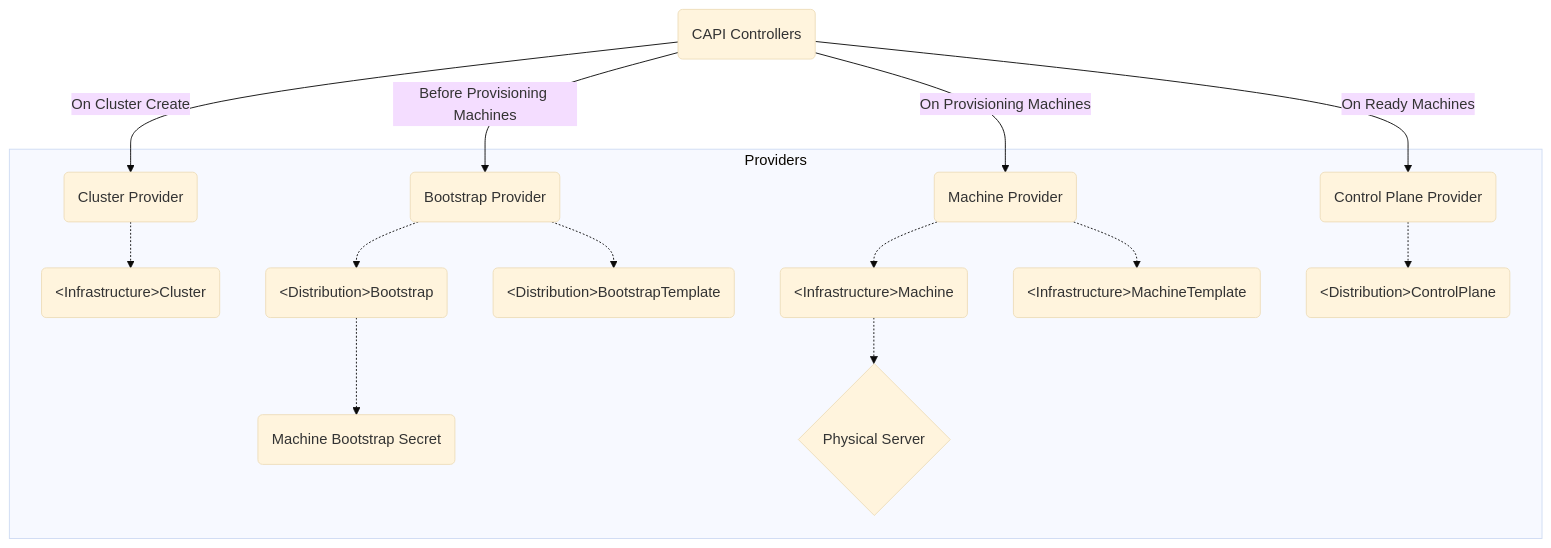
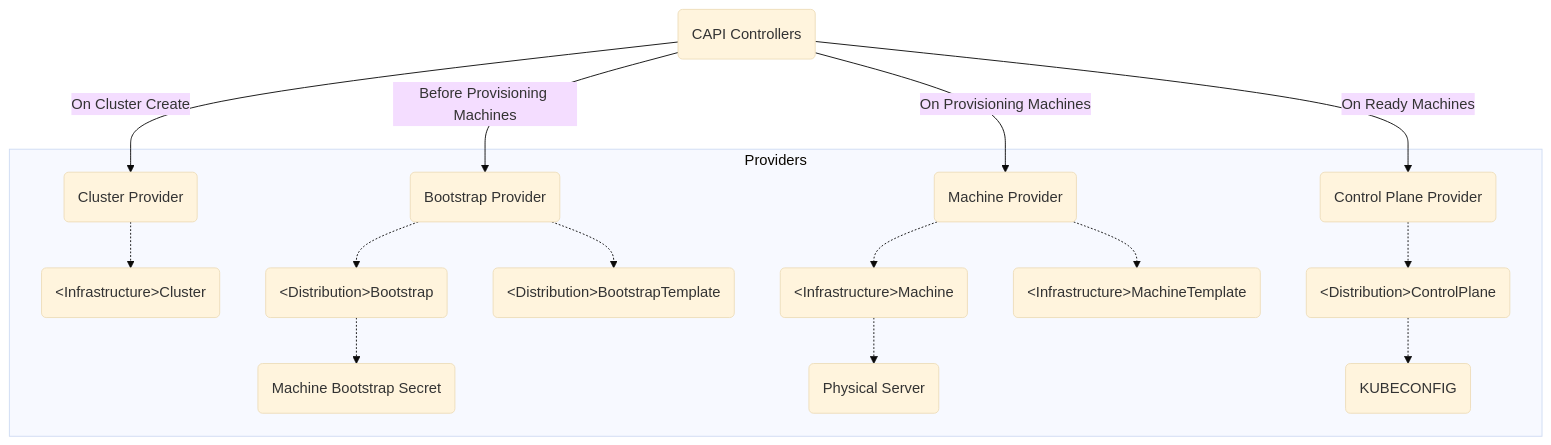
Before and after one commit to aiyengar2/k8s-docs: the second of 2 diagrams in docs/provisioning/00_capi.md, drawn with Mermaid (base theme).

````diff
--- a/docs/provisioning/00_capi.md
+++ b/docs/provisioning/00_capi.md
@@ -77,34 +77,36 @@
 ```mermaid
 graph TD
     CAPIControllers("CAPI Controllers")
     subgraph Providers
     ClusterProvider("Cluster Provider")
     BootstrapProvider("Bootstrap Provider")
     MachineProvider("Machine Provider")
     ControlPlaneProvider("Control Plane Provider")
 
     InfrastructureCluster("&ltInfrastructure&gtCluster")
     DistributionBootstrap("&ltDistribution&gtBootstrap")
     DistributionBootstrapTemplate("&ltDistribution&gtBootstrapTemplate")
     InfrastructureMachine("&ltInfrastructure&gtMachine")
     InfrastructureMachineTemplate("&ltInfrastructure&gtMachineTemplate")
     DistributionControlPlane("&ltDistribution&gtControlPlane")
 
-    PhysicalServer{"Physical Server"}
+    PhysicalServer("Physical Server")
     MachineBootstrapSecret("Machine Bootstrap Secret")
+    KubeConfig("KUBECONFIG")
     end
 
     CAPIControllers--On Cluster Create-->ClusterProvider
     CAPIControllers--Before Provisioning Machines-->BootstrapProvider
     CAPIControllers--On Provisioning Machines-->MachineProvider
     CAPIControllers--On Ready Machines-->ControlPlaneProvider
     
     ClusterProvider-.->InfrastructureCluster
     BootstrapProvider-.->DistributionBootstrap
     BootstrapProvider-.->DistributionBootstrapTemplate
     DistributionBootstrap-.->MachineBootstrapSecret
     MachineProvider-.->InfrastructureMachine
     InfrastructureMachine-.->PhysicalServer
     MachineProvider-.->InfrastructureMachineTemplate
     ControlPlaneProvider-.->DistributionControlPlane
+    DistributionControlPlane-.->KubeConfig
 ```
````
